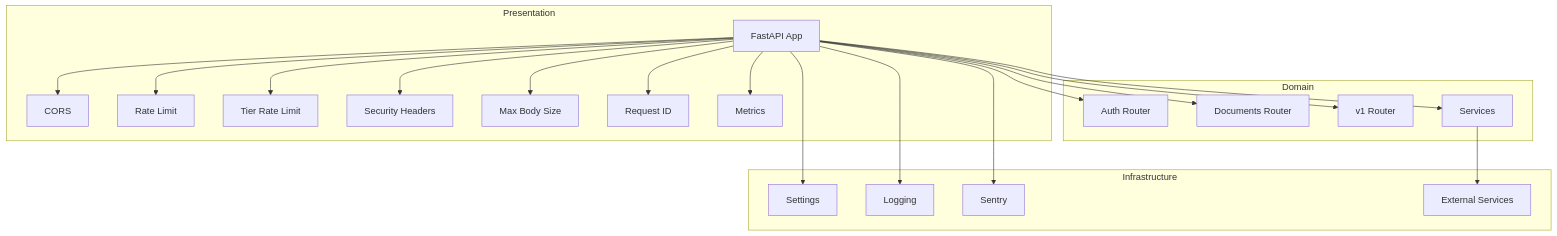
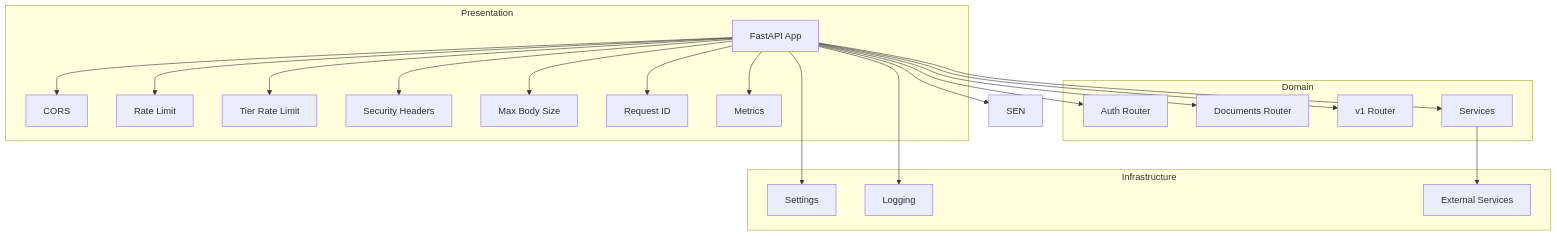
Before and after one commit to rohitkumarnaidu/ScholarFormAI: the second of 10 diagrams in .docs/content/Backend Development/FastAPI Application Structure.md, drawn with Mermaid. The commit also changed other lines of this file and 9 other files, not shown here.

````diff
--- a/.docs/content/Backend Development/FastAPI Application Structure.md
+++ b/.docs/content/Backend Development/FastAPI Application Structure.md
@@ -105,40 +105,39 @@
 ```mermaid
 graph TB
 subgraph "Presentation"
 APP["FastAPI App"]
 MW1["CORS"]
 MW2["Rate Limit"]
 MW3["Tier Rate Limit"]
 MW4["Security Headers"]
 MW5["Max Body Size"]
 MW6["Request ID"]
 MW7["Metrics"]
 end
 subgraph "Domain"
 AUTH["Auth Router"]
 DOCS["Documents Router"]
 V1["v1 Router"]
 SVC["Services"]
 end
 subgraph "Infrastructure"
 CFG["Settings"]
 LOG["Logging"]
-SEN["Sentry"]
 EXT["External Services"]
 end
 APP --> MW1
 APP --> MW2
 APP --> MW3
 APP --> MW4
 APP --> MW5
 APP --> MW6
 APP --> MW7
 APP --> AUTH
 APP --> DOCS
 APP --> V1
 APP --> SVC
 SVC --> EXT
 APP --> CFG
 APP --> LOG
 APP --> SEN
 ```
````
